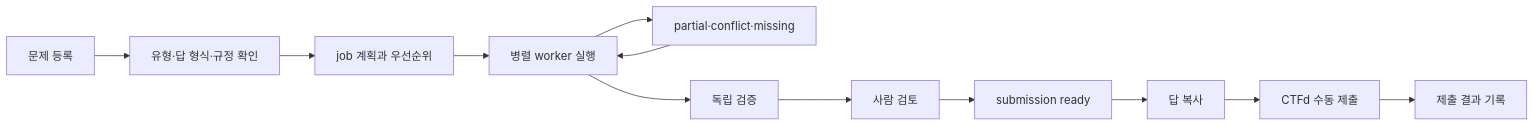
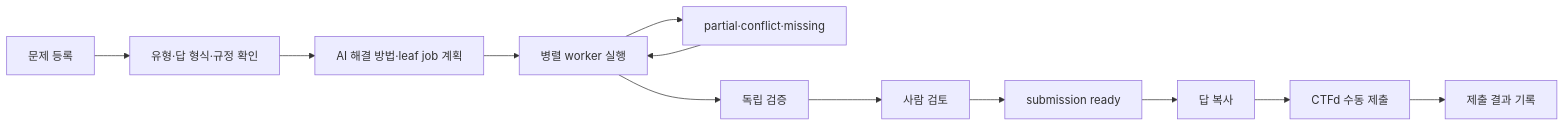
One commit to azerckid/SCAN changed the diagram in docs/02_UI_Screens/04_COMPETITION_OPERATIONS_BOARD.md. Above: the diagram before and after it, drawn with Mermaid. The commit also changed other lines of this file and 4 other files, not shown here.

````diff
--- a/docs/02_UI_Screens/04_COMPETITION_OPERATIONS_BOARD.md
+++ b/docs/02_UI_Screens/04_COMPETITION_OPERATIONS_BOARD.md
@@ -86,14 +86,14 @@
 ```mermaid
 flowchart LR
     CAPTURE["문제 등록"] --> TRIAGE["유형·답 형식·규정 확인"]
-    TRIAGE --> PLAN["job 계획과 우선순위"]
+    TRIAGE --> PLAN["AI 해결 방법·leaf job 계획"]
     PLAN --> RUN["병렬 worker 실행"]
     RUN --> PARTIAL["partial·conflict·missing"]
     RUN --> VERIFY["독립 검증"]
     PARTIAL --> RUN
     VERIFY --> REVIEW["사람 검토"]
     REVIEW --> READY["submission ready"]
     READY --> COPY["답 복사"]
     COPY --> CTFD["CTFd 수동 제출"]
     CTFD --> RECORD["제출 결과 기록"]
 ```
````
